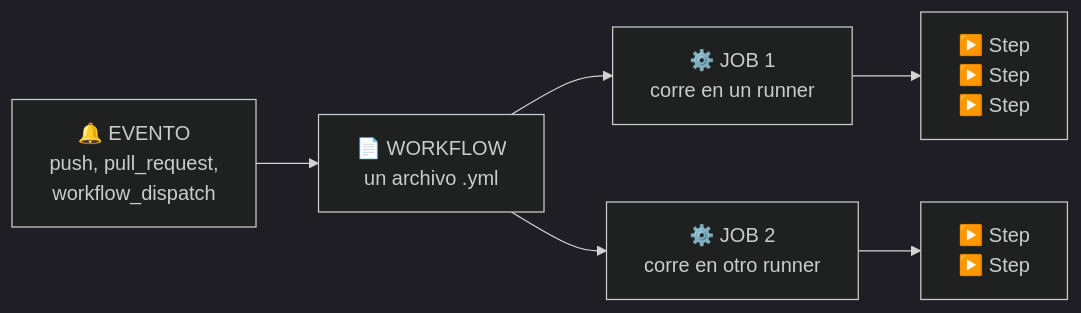
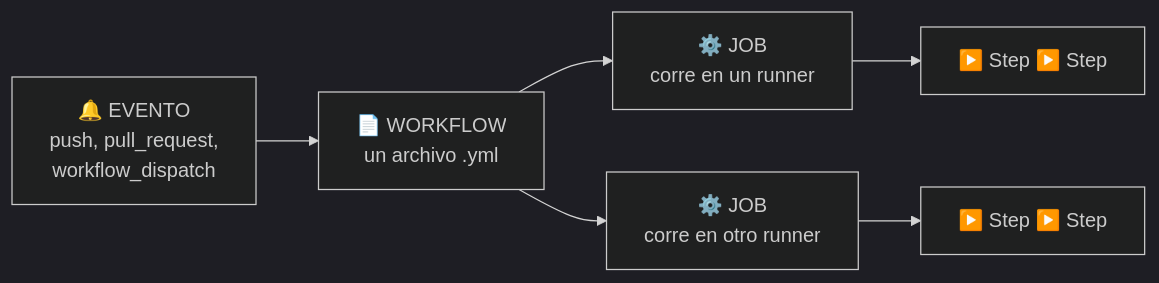
One commit to JordanReyesLeger/github-workflows-workshop-fundamentos-enterprise changed the second of 2 diagrams in README.md. Above: the diagram before and after it, drawn with Mermaid (dark theme). The commit also changed other lines of this file and 5 other files, not shown here.

````diff
--- a/README.md
+++ b/README.md
@@ -358,8 +124,8 @@
 ```mermaid
 flowchart LR
     A["🔔 EVENTO<br/>push, pull_request,<br/>workflow_dispatch"] --> B["📄 WORKFLOW<br/>un archivo .yml"]
-    B --> C1["⚙️ JOB 1<br/>corre en un runner"]
-    B --> C2["⚙️ JOB 2<br/>corre en otro runner"]
-    C1 --> D1["▶️ Step<br/>▶️ Step<br/>▶️ Step"]
-    C2 --> D2["▶️ Step<br/>▶️ Step"]
+    B --> C1["⚙️ JOB<br/>corre en un runner"]
+    B --> C2["⚙️ JOB<br/>corre en otro runner"]
+    C1 --> D1["▶️ Step ▶️ Step"]
+    C2 --> D2["▶️ Step ▶️ Step"]
 ```
````
